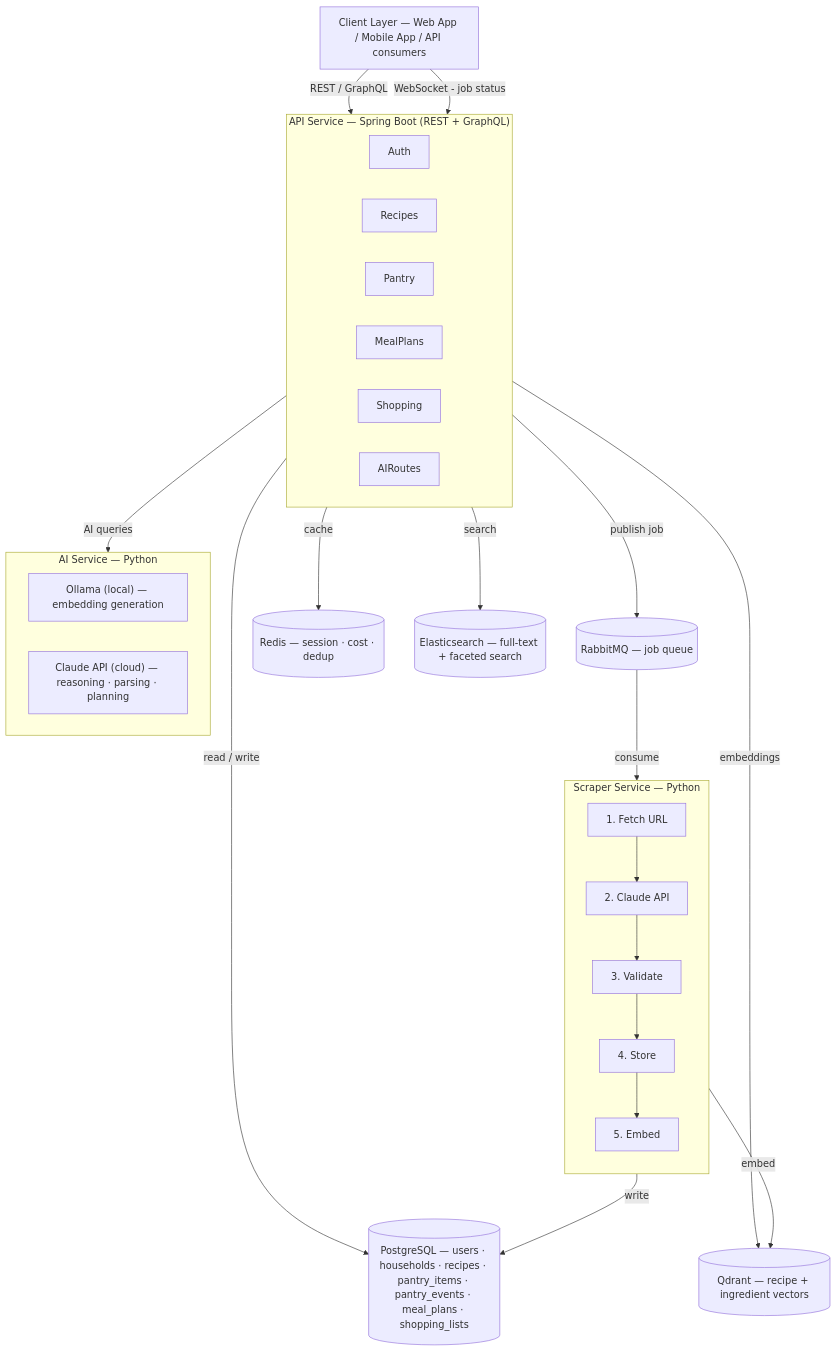
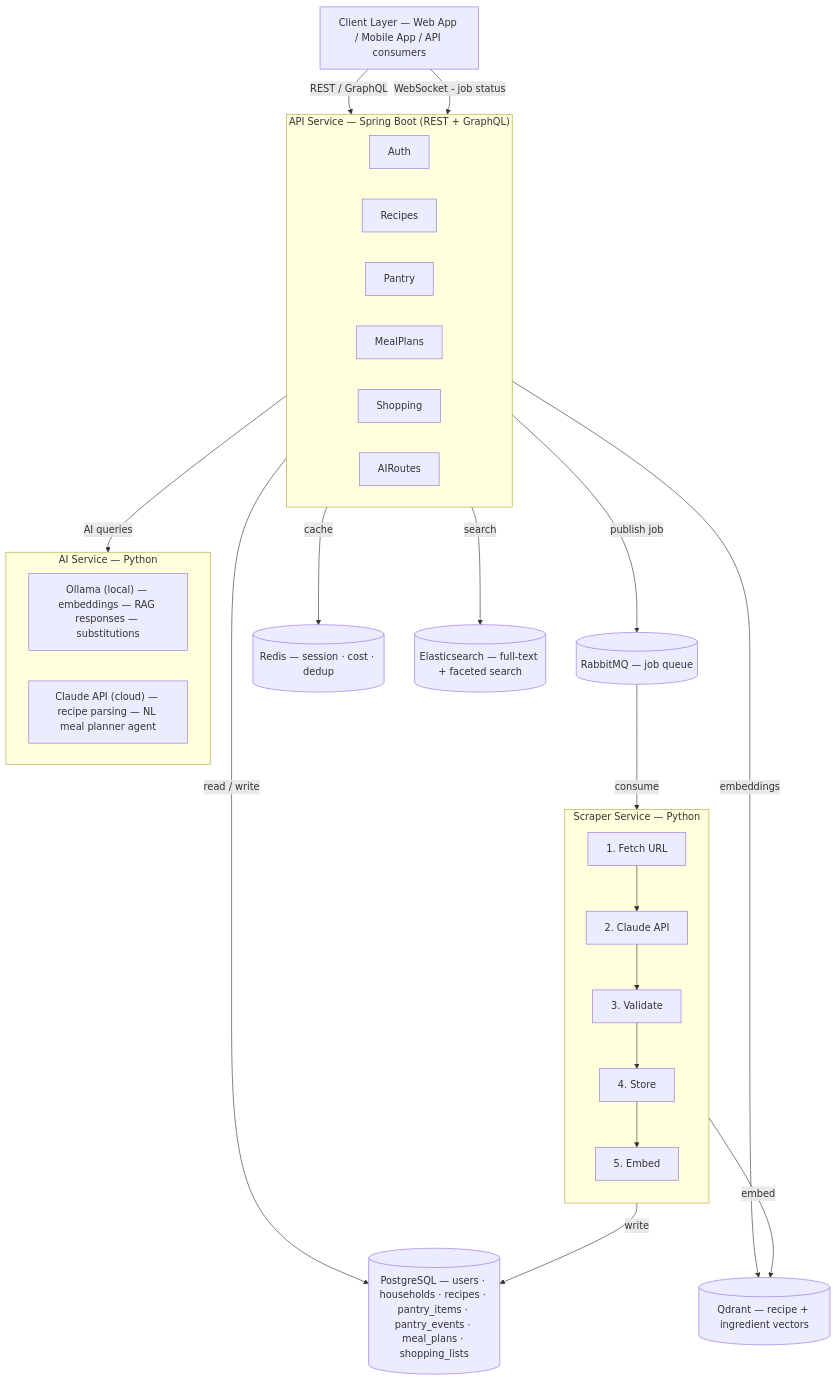
The first of 4 diagrams in docs/architecture.md (ktran0918/recipe-manager), drawn with Mermaid before and after one commit. The commit also changed other lines of this file and 7 other files, not shown here.

First line of the commit message:
Optimize local/cloud LLM split and document boundary decision

````diff
--- a/docs/architecture.md
+++ b/docs/architecture.md
@@ -5,41 +5,41 @@
 ```mermaid
 flowchart TD
     Client["Client Layer — Web App / Mobile App / API consumers"]
 
     Client -->|REST / GraphQL| API
     Client -->|WebSocket - job status| API
 
     subgraph API["API Service — Spring Boot (REST + GraphQL)"]
         direction LR
         Auth & Recipes & Pantry & MealPlans & Shopping & AIRoutes
     end
 
     API -->|publish job| RabbitMQ[(RabbitMQ — job queue)]
     RabbitMQ -->|consume| Scraper
 
     subgraph Scraper["Scraper Service — Python"]
         direction TB
         S1["1. Fetch URL"]
         S2["2. Claude API"]
         S3["3. Validate"]
         S4["4. Store"]
         S5["5. Embed"]
         S1 --> S2 --> S3 --> S4 --> S5
     end
 
     API -->|read / write| PG[("PostgreSQL — users · households · recipes · pantry_items · pantry_events · meal_plans · shopping_lists")]
     Scraper -->|write| PG
 
     API -->|cache| Redis[(Redis — session · cost · dedup)]
     API -->|search| ES[(Elasticsearch — full-text + faceted search)]
     API -->|embeddings| Qdrant[(Qdrant — recipe + ingredient vectors)]
     API -->|AI queries| AIService
 
     subgraph AIService["AI Service — Python"]
         direction LR
-        Ollama["Ollama (local) — embedding generation"]
-        Claude["Claude API (cloud) — reasoning · parsing · planning"]
+        Ollama["Ollama (local) — embeddings — RAG responses — substitutions"]
+        Claude["Claude API (cloud) — recipe parsing — NL meal planner agent"]
     end
 
     Scraper -->|embed| Qdrant
 ```
````
